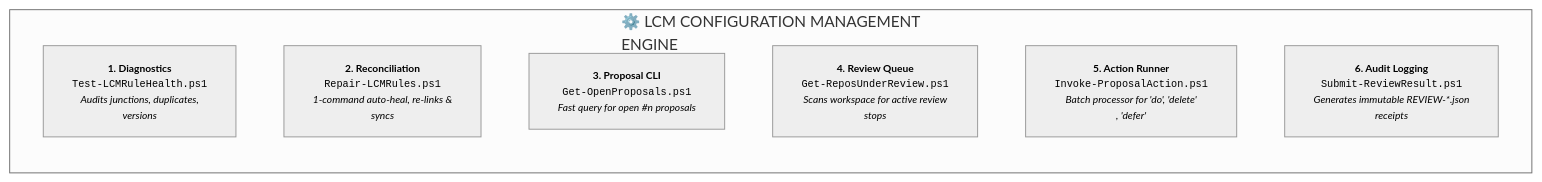
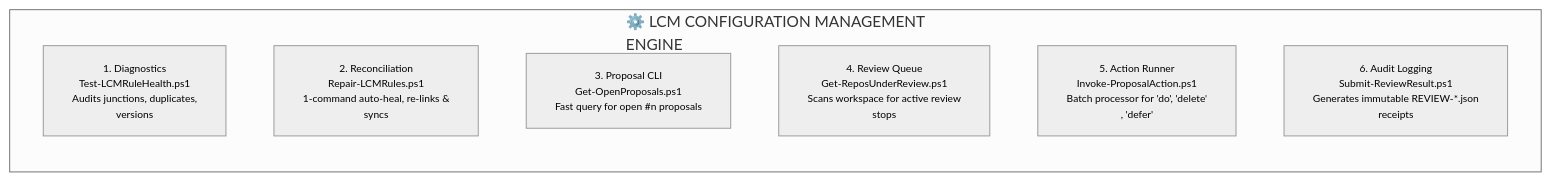
One commit to rgbigel/Workspace_AI changed the fourth of 7 diagrams in docs/Architecture.md. Above: the diagram before and after it, drawn with Mermaid (neutral theme). The commit also changed other lines of this file and 12 other files, not shown here.

Commit message:
docs: align tripartite specifications, Mermaid diagrams, and tool help flags to LCM Baseline v7.0.0

````diff
--- a/docs/Architecture.md
+++ b/docs/Architecture.md
@@ -149,13 +156,14 @@
 ```mermaid
 flowchart TD
     classDef default font-size:8pt;
     subgraph ENGINE["⚙️ LCM CONFIGURATION MANAGEMENT<br/>ENGINE"]
         direction TB
-        D1["<b>1. Diagnostics</b><br/><code>Test-LCMRuleHealth.ps1</code><br/><i>Audits junctions, duplicates,<br/>versions</i>"]
-        D2["<b>2. Reconciliation</b><br/><code>Repair-LCMRules.ps1</code><br/><i>1-command auto-heal, re-links &<br/>syncs</i>"]
-        D3["<b>3. Proposal CLI</b><br/><code>Get-OpenProposals.ps1</code><br/><i>Fast query for open #n proposals</i>"]
-        D4["<b>4. Review Queue</b><br/><code>Get-ReposUnderReview.ps1</code><br/><i>Scans workspace for active review<br/>stops</i>"]
-        D5["<b>5. Action Runner</b><br/><code>Invoke-ProposalAction.ps1</code><br/><i>Batch processor for 'do', 'delete'<br/>, 'defer'</i>"]
-        D6["<b>6. Audit Logging</b><br/><code>Submit-ReviewResult.ps1</code><br/><i>Generates immutable REVIEW-*.json<br/>receipts</i>"]
+        D1["1. Diagnostics<br/>Test-LCMRuleHealth.ps1<br/>Audits junctions, duplicates,<br/>versions"]
+        D2["2. Reconciliation<br/>Repair-LCMRules.ps1<br/>1-command auto-heal, re-links &<br/>syncs"]
+        D3["3. Proposal CLI<br/>Get-OpenProposals.ps1<br/>Fast query for open #n proposals"]
+        D4["4. Review Queue<br/>Get-ReposUnderReview.ps1<br/>Scans workspace for active review<br/>stops"]
+        D5["5. Action Runner<br/>Invoke-ProposalAction.ps1<br/>Batch processor for 'do', 'delete'<br/>, 'defer'"]
+        D6["6. Audit Logging<br/>Submit-ReviewResult.ps1<br/>Generates immutable REVIEW-*.json<br/>receipts"]
     end
+
 ```
````
